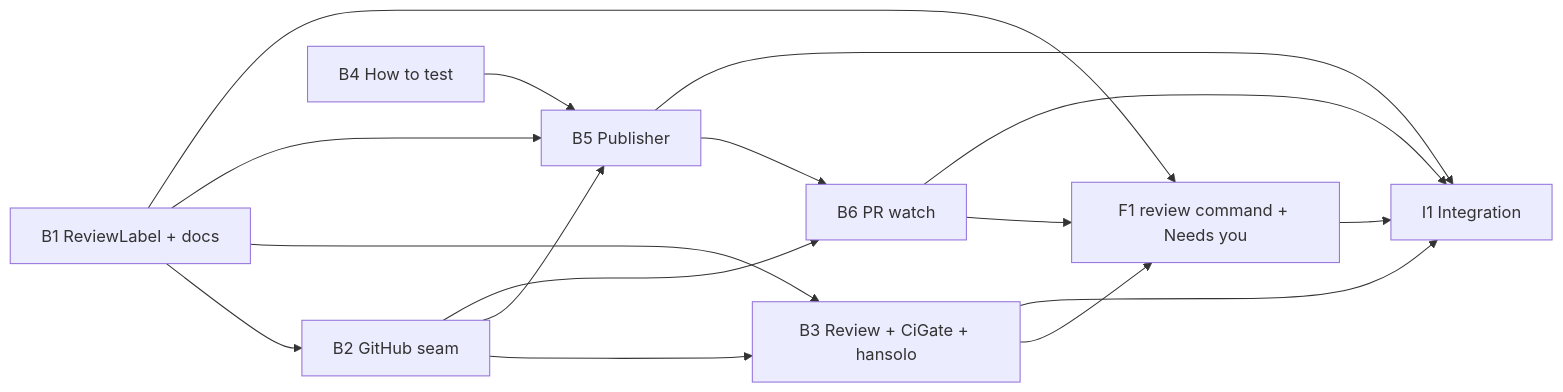
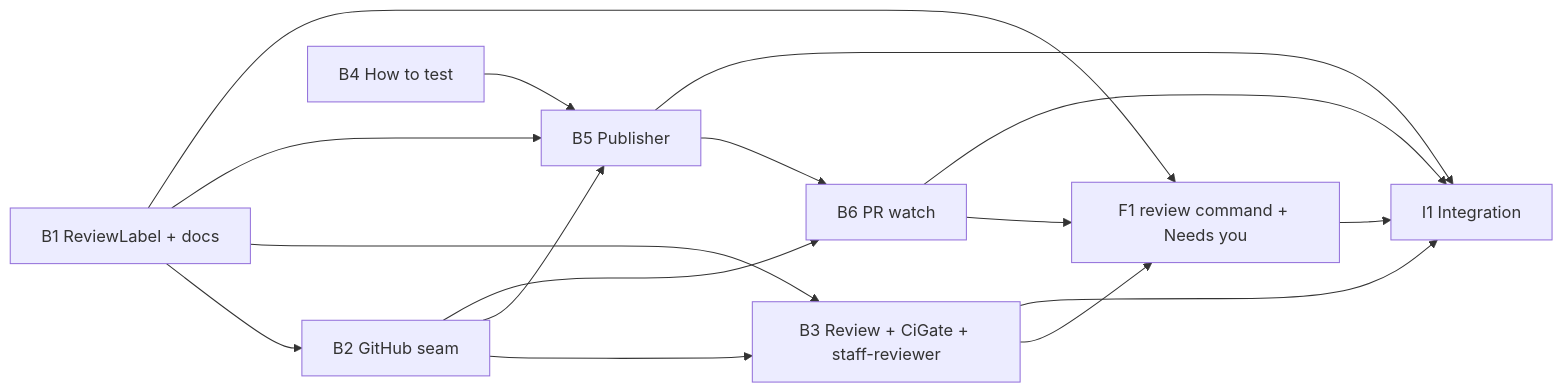
One commit to kigster/openlanes changed the diagram in .plans/archive/005.00━━✅━━❯[2026-10-15]━━review-state-labels/plan.md. Above: the diagram before and after it, drawn with Mermaid. The commit also changed other lines of this file and 719 other files, not shown here.

````diff
--- a/.plans/archive/005.00━━✅━━❯[2026-10-15]━━review-state-labels/plan.md
+++ b/.plans/archive/005.00━━✅━━❯[2026-10-15]━━review-state-labels/plan.md
@@ -29,18 +29,18 @@
 ```mermaid
 flowchart LR
   B1[B1 ReviewLabel + docs] --> B2[B2 GitHub seam]
   B1 --> B3
-  B2 --> B3[B3 Review + CiGate + hansolo]
+  B2 --> B3[B3 Review + CiGate + staff-reviewer]
   B2 --> B5
   B1 --> B5
   B4[B4 How to test] --> B5[B5 Publisher]
   B5 --> B6[B6 PR watch]
   B2 --> B6
   B1 --> F1
   B3 --> F1[F1 review command + Needs you]
   B6 --> F1
   B3 --> I1[I1 Integration]
   B5 --> I1
   B6 --> I1
   F1 --> I1
 ```
````
